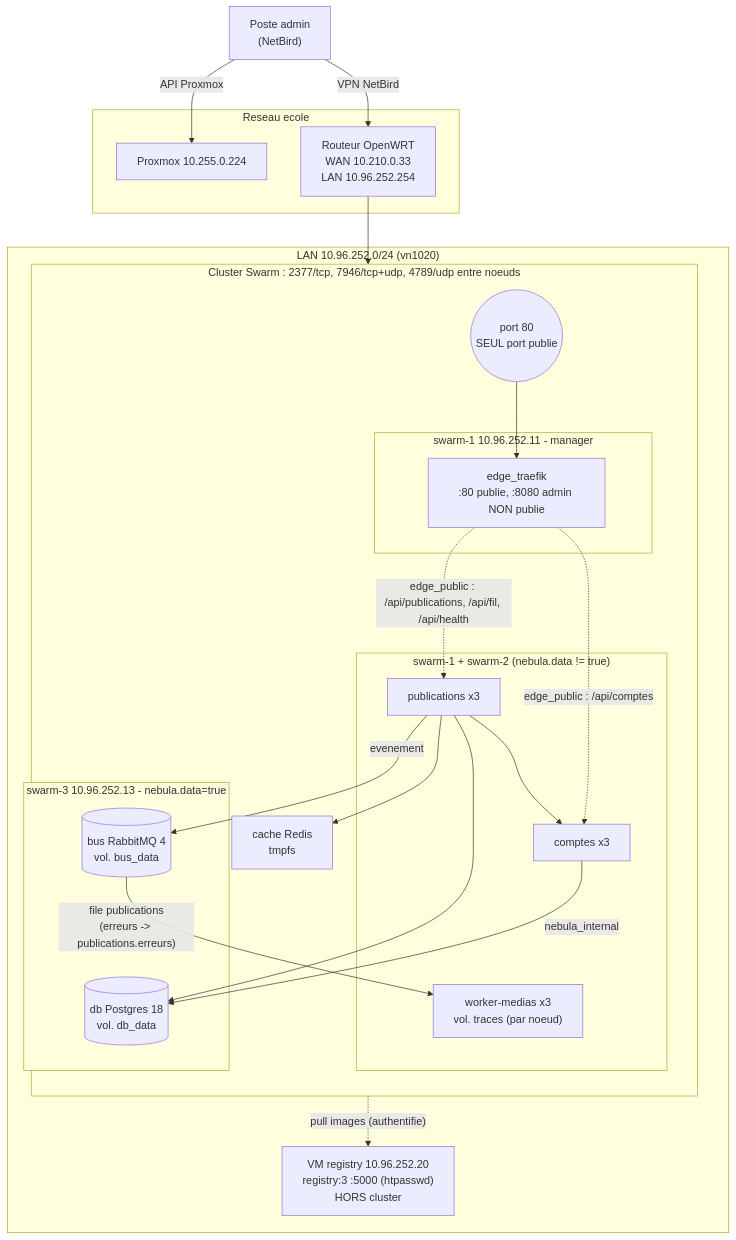
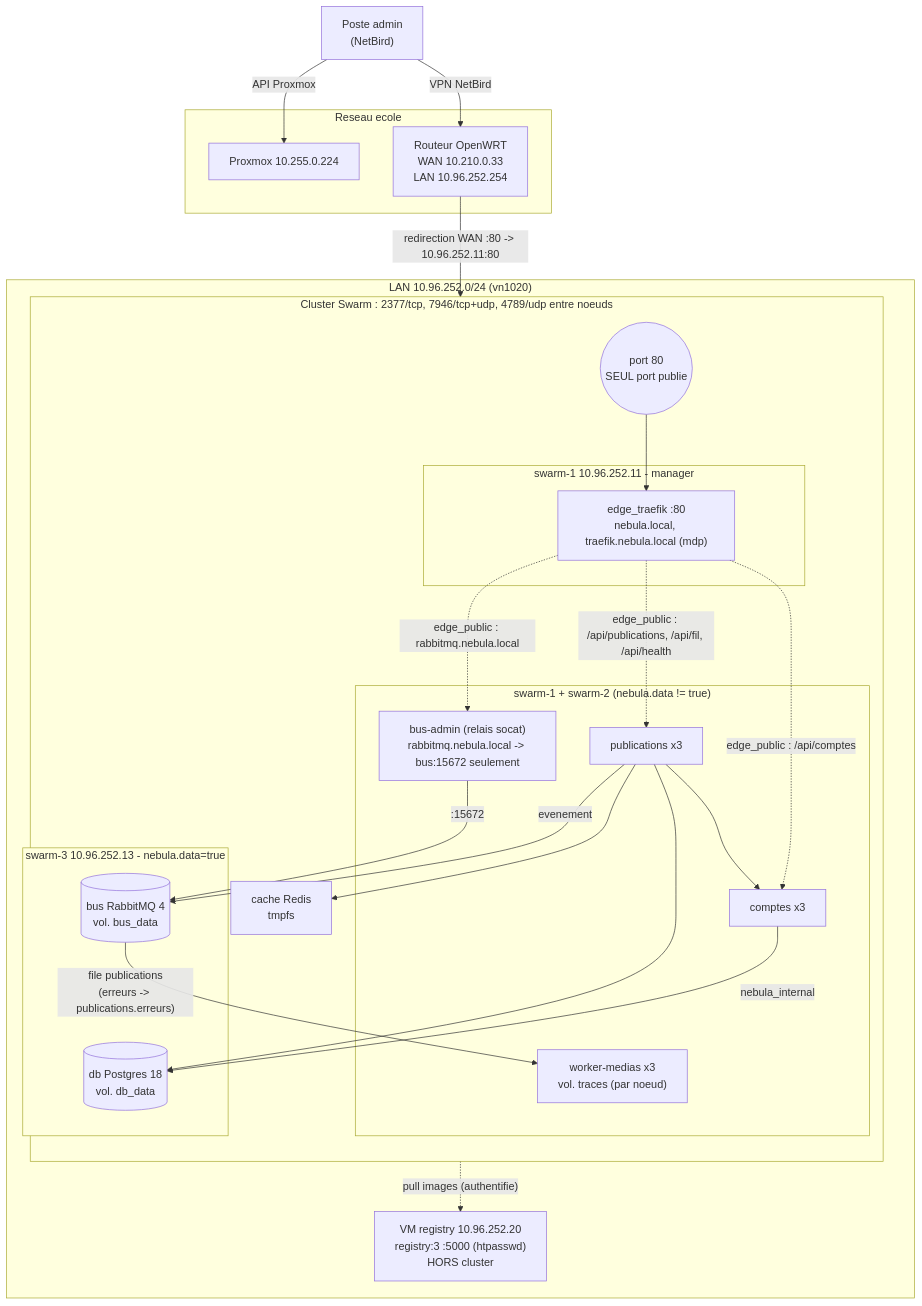
Before and after one commit to P0CEE/nebula: the diagram in docs/schema-reseau.md, drawn with Mermaid. The commit also changed other lines of this file and 6 other files, not shown here.

First line of the commit message:
feat: sous-domaines traefik/rabbitmq via redirection du routeur, plus de tunnel SSH

````diff
--- a/docs/schema-reseau.md
+++ b/docs/schema-reseau.md
@@ -7,49 +7,52 @@
 ```mermaid
 flowchart TB
   admin["Poste admin<br/>(NetBird)"]
   subgraph ecole["Reseau ecole"]
     pve["Proxmox 10.255.0.224"]
     router["Routeur OpenWRT<br/>WAN 10.210.0.33<br/>LAN 10.96.252.254"]
   end
   admin -- "VPN NetBird" --> router
   admin -- "API Proxmox" --> pve
 
   subgraph lan["LAN 10.96.252.0/24 (vn1020)"]
     registry["VM registry 10.96.252.20<br/>registry:3 :5000 (htpasswd)<br/>HORS cluster"]
 
     subgraph swarm["Cluster Swarm : 2377/tcp, 7946/tcp+udp, 4789/udp entre noeuds"]
       direction TB
       ingress(("port 80<br/>SEUL port publie"))
 
       subgraph s1["swarm-1 10.96.252.11 - manager"]
-        traefik["edge_traefik<br/>:80 publie, :8080 admin NON publie"]
+        traefik["edge_traefik :80<br/>nebula.local, traefik.nebula.local (mdp)"]
       end
       subgraph s12["swarm-1 + swarm-2 (nebula.data != true)"]
         comptes["comptes x3"]
         publications["publications x3"]
         worker["worker-medias x3<br/>vol. traces (par noeud)"]
+        busadmin["bus-admin (relais socat)<br/>rabbitmq.nebula.local -> bus:15672 seulement"]
       end
       subgraph s3["swarm-3 10.96.252.13 - nebula.data=true"]
         db[("db Postgres 18<br/>vol. db_data")]
         bus[("bus RabbitMQ 4<br/>vol. bus_data")]
       end
       cache["cache Redis<br/>tmpfs"]
     end
   end
 
-  router --> ingress
+  router -- "redirection WAN :80 -> 10.96.252.11:80" --> ingress
   ingress --> traefik
 
   %% pointilles = reseau edge_public ; traits pleins = reseau nebula_internal
   traefik -. "edge_public : /api/comptes" .-> comptes
   traefik -. "edge_public : /api/publications, /api/fil, /api/health" .-> publications
+  traefik -. "edge_public : rabbitmq.nebula.local" .-> busadmin
+  busadmin -- ":15672" --> bus
 
   comptes -- "nebula_internal" --> db
   publications --> comptes
   publications --> db
   publications --> cache
   publications -- "evenement" --> bus
   bus -- "file publications<br/>(erreurs -> publications.erreurs)" --> worker
 
   swarm -. "pull images (authentifie)" .-> registry
 ```
````
